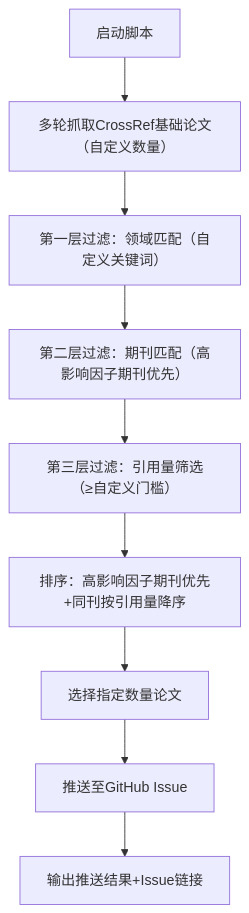
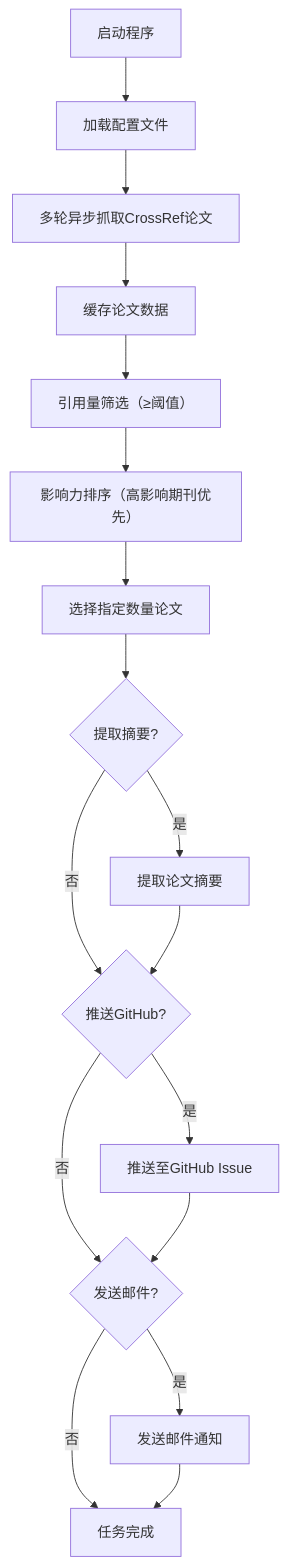
The diagram in README.md (LeoLiao0806Xuan/DailyPapers), drawn with Mermaid before and after one commit. The commit also changed other lines of this file and 16 other files, not shown here.

````diff
--- a/README.md
+++ b/README.md
@@ -78,11 +133,19 @@
 ```mermaid
 flowchart TD
-    A[启动脚本] --> B[多轮抓取CrossRef基础论文（自定义数量）]
-    B --> C[第一层过滤：领域匹配（自定义关键词）]
-    C --> D[第二层过滤：期刊匹配（高影响因子期刊优先）]
-    D --> E[第三层过滤：引用量筛选（≥自定义门槛）]
-    E --> F[排序：高影响因子期刊优先+同刊按引用量降序]
+    A[启动程序] --> B[加载配置文件]
+    B --> C[多轮异步抓取CrossRef论文]
+    C --> D[缓存论文数据]
+    D --> E[引用量筛选（≥阈值）]
+    E --> F[影响力排序（高影响期刊优先）]
     F --> G[选择指定数量论文]
-    G --> H[推送至GitHub Issue]
-    H --> I[输出推送结果+Issue链接]
+    G --> H{提取摘要?}
+    H -->|是| I[提取论文摘要]
+    H -->|否| J{推送GitHub?}
+    I --> J
+    J -->|是| K[推送至GitHub Issue]
+    J -->|否| L{发送邮件?}
+    K --> L
+    L -->|是| M[发送邮件通知]
+    L -->|否| N[任务完成]
+    M --> N
 ```
````
